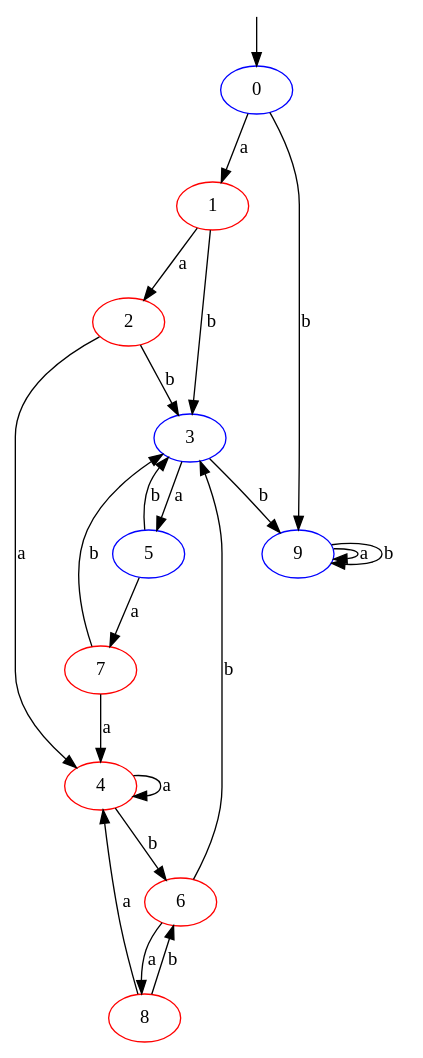
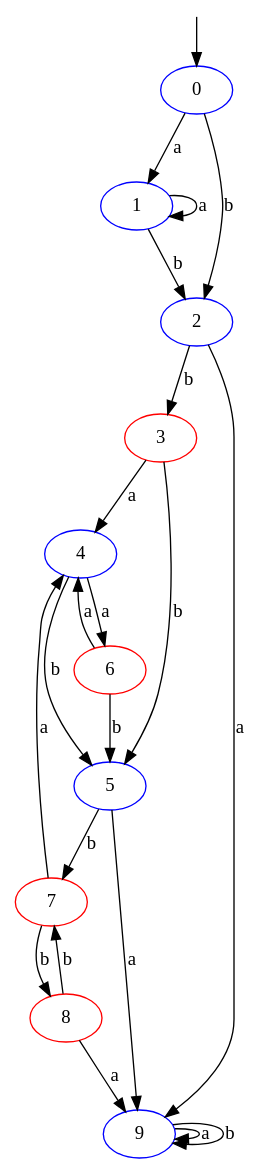
The diagram in img/dfa_full.dot (XDLoLiK/autore), drawn with Graphviz before and after one commit. The commit also changed 21 other files, not shown here.

```diff
--- a/img/dfa_full.dot
+++ b/img/dfa_full.dot
@@ -1,1 +1,1 @@
-digraph G{node [color=blue;];0;node [color=red;];1;node [color=red;];2;node [color=blue;];3;node [color=red;];4;node [color=blue;];5;node [color=red;];6;node [color=red;];7;node [color=red;];8;node [color=blue;];9;node [shape=none;label="";height=0;width=0;];-1;-1->0;0->1[label="a";];0->9[label="b";];1->2[label="a";];1->3[label="b";];2->4[label="a";];2->3[label="b";];3->5[label="a";];3->9[label="b";];4->4[label="a";];4->6[label="b";];5->7[label="a";];5->3[label="b";];6->8[label="a";];6->3[label="b";];7->4[label="a";];7->3[label="b";];8->4[label="a";];8->6[label="b";];9->9[label="a";];9->9[label="b";];}
+digraph G{node [color=blue;];0;node [color=blue;];1;node [color=blue;];2;node [color=red;];3;node [color=blue;];4;node [color=blue;];5;node [color=red;];6;node [color=red;];7;node [color=red;];8;node [color=blue;];9;node [shape=none;label="";height=0;width=0;];-1;-1->0;0->1[label="a";];0->2[label="b";];1->1[label="a";];1->2[label="b";];2->9[label="a";];2->3[label="b";];3->4[label="a";];3->5[label="b";];4->6[label="a";];4->5[label="b";];5->9[label="a";];5->7[label="b";];6->4[label="a";];6->5[label="b";];7->4[label="a";];7->8[label="b";];8->9[label="a";];8->7[label="b";];9->9[label="a";];9->9[label="b";];}
```
